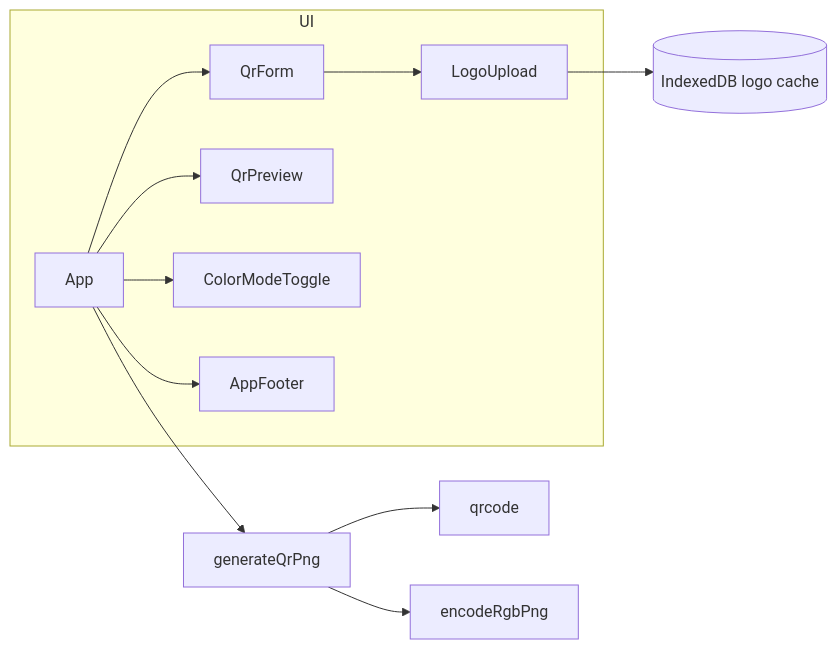
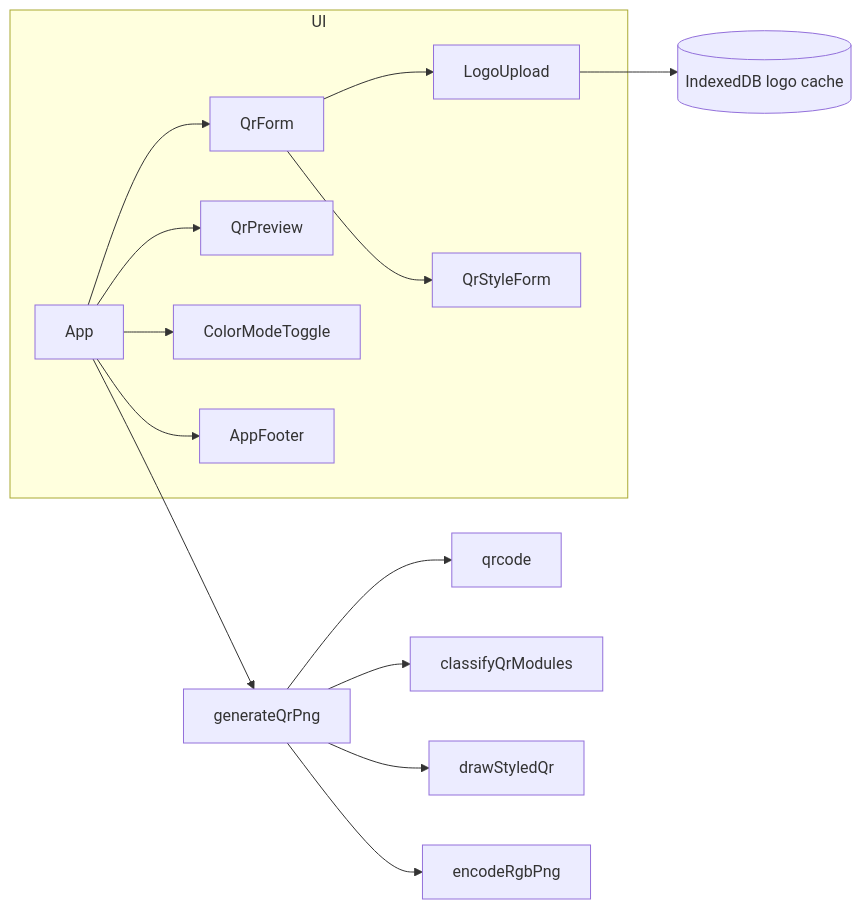
One commit to fershibli/qr-code-generator changed the diagram in README.md. Above: the diagram before and after it, drawn with Mermaid. The commit also changed other lines of this file, not shown here.

````diff
--- a/README.md
+++ b/README.md
@@ -65,14 +68,17 @@
 ```mermaid
 flowchart LR
   subgraph ui [UI]
     App --> QrForm
     App --> QrPreview
     QrForm --> LogoUpload
+    QrForm --> QrStyleForm
     App --> ColorModeToggle
     App --> AppFooter
   end
   LogoUpload --> logoCache[(IndexedDB logo cache)]
   App --> generateQrPng
   generateQrPng --> qrcodeLib[qrcode]
+  generateQrPng --> classifyQrModules
+  generateQrPng --> drawStyledQr
   generateQrPng --> encodeRgbPng
 ```
````
